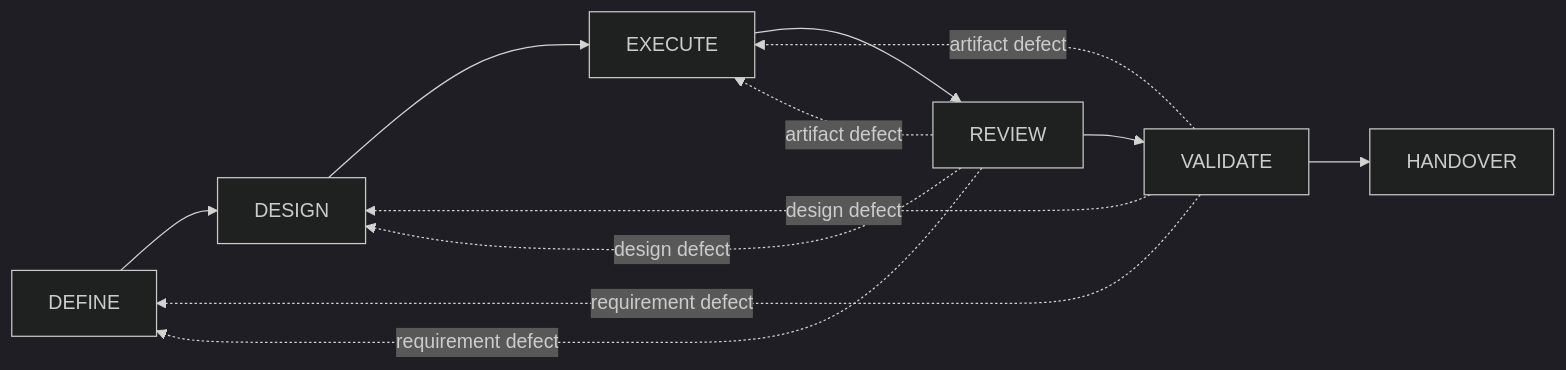
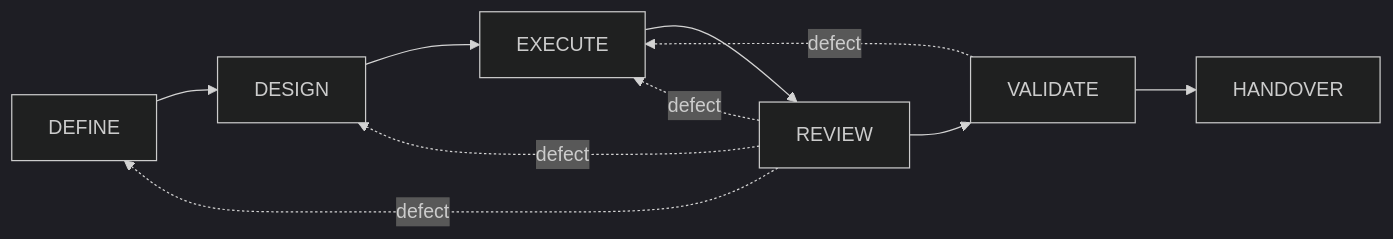
Before and after one commit to RezaGolriz/autonomous-build-loop-universal-template: the diagram in README.md, drawn with Mermaid (dark theme). The commit also changed other lines of this file and 7 other files, not shown here.

````diff
--- a/README.md
+++ b/README.md
@@ -55,14 +40,8 @@
 ```mermaid
 flowchart LR
-    A[DEFINE] --> B[DESIGN]
-    B --> C[EXECUTE]
-    C --> D[REVIEW]
-    D --> E[VALIDATE]
-    E --> F[HANDOVER]
-    D -. requirement defect .-> A
-    D -. design defect .-> B
-    D -. artifact defect .-> C
-    E -. requirement defect .-> A
-    E -. design defect .-> B
-    E -. artifact defect .-> C
+    A[DEFINE] --> B[DESIGN] --> C[EXECUTE] --> D[REVIEW] --> E[VALIDATE] --> F[HANDOVER]
+    D -. defect .-> A
+    D -. defect .-> B
+    D -. defect .-> C
+    E -. defect .-> C
 ```
````
